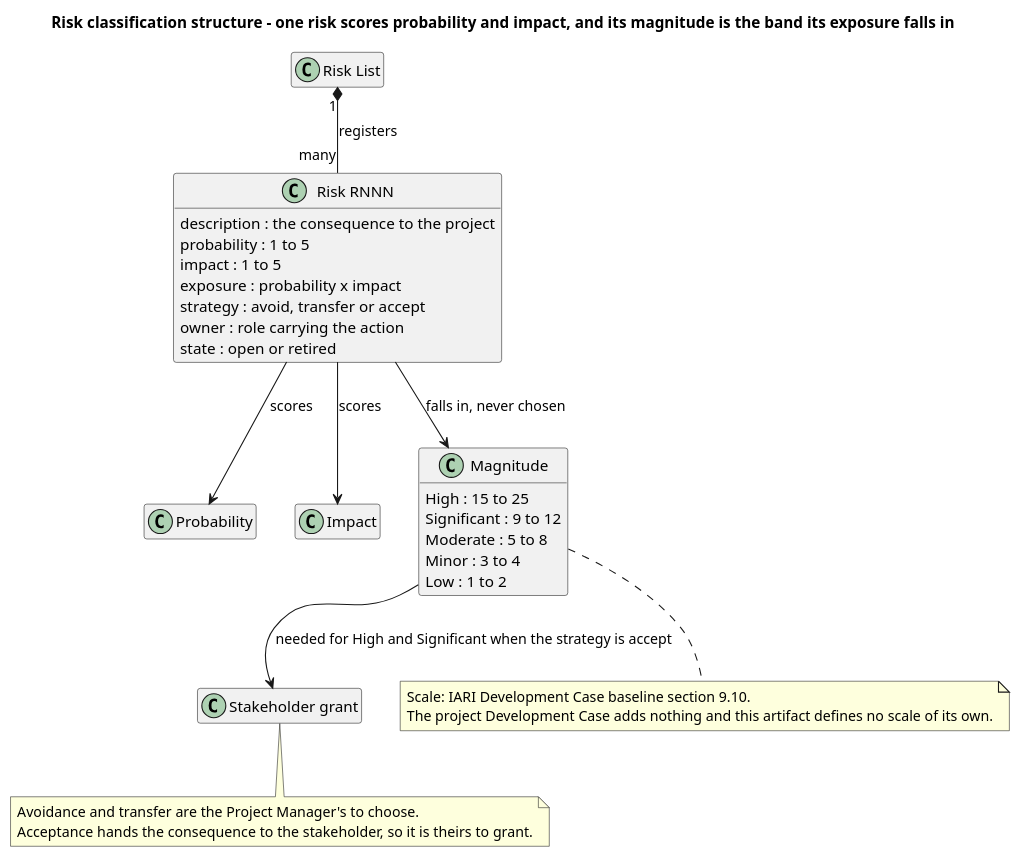
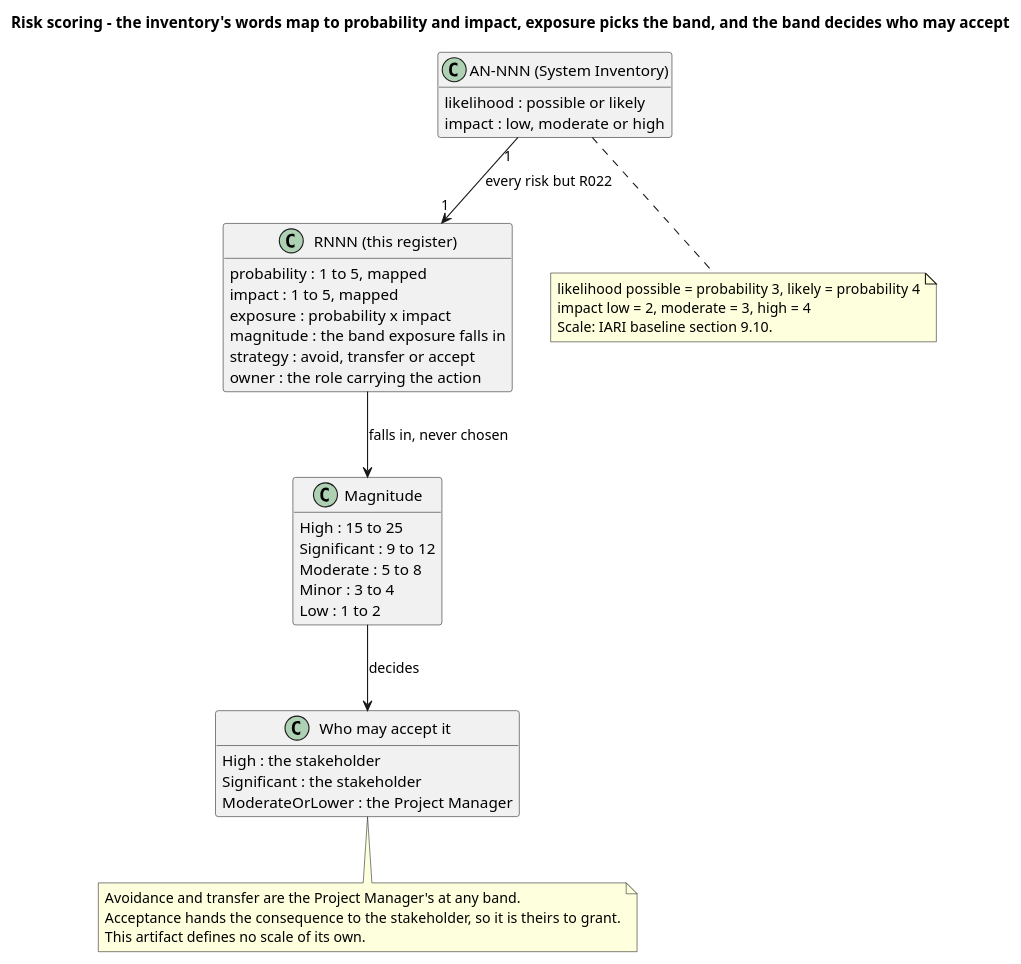
Before and after one commit to banense-test/TodoApp: the first of 2 diagrams in docs/artifacts/project-management/risk-list.md, drawn with PlantUML. The commit also changed other lines of this file, not shown here.

Commit message:
Project Manager [Survey2]: upsert Risk List
[skip ci]

````diff
--- a/docs/artifacts/project-management/risk-list.md
+++ b/docs/artifacts/project-management/risk-list.md
@@ -36,45 +47,47 @@
 ```plantuml
 @startuml
-title Risk classification structure - one risk scores probability and impact, and its magnitude is the band its exposure falls in
+title Risk scoring - the inventory's words map to probability and impact, exposure picks the band, and the band decides who may accept
 
 skinparam shadowing false
 skinparam classAttributeIconSize 0
 hide empty members
 
-class "Risk List" as RL
-class "Risk RNNN" as RISK {
-  description : the consequence to the project
-  probability : 1 to 5
-  impact : 1 to 5
+class "AN-NNN (System Inventory)" as AN {
+  likelihood : possible or likely
+  impact : low, moderate or high
+}
+class "RNNN (this register)" as RISK {
+  probability : 1 to 5, mapped
+  impact : 1 to 5, mapped
   exposure : probability x impact
+  magnitude : the band exposure falls in
   strategy : avoid, transfer or accept
-  owner : role carrying the action
-  state : open or retired
+  owner : the role carrying the action
 }
-class "Probability" as P
-class "Impact" as I
 class "Magnitude" as M {
   High : 15 to 25
   Significant : 9 to 12
   Moderate : 5 to 8
   Minor : 3 to 4
   Low : 1 to 2
 }
-class "Stakeholder grant" as G
-
-RL "1" *-- "many" RISK : registers
-RISK --> P : scores
-RISK --> I : scores
+class "Who may accept it" as A {
+  High : the stakeholder
+  Significant : the stakeholder
+  ModerateOrLower : the Project Manager
+}
+AN "1" --> "1" RISK : every risk but R022
 RISK --> M : falls in, never chosen
-M --> G : needed for High and Significant when the strategy is accept
-
-note bottom of M
-  Scale: IARI Development Case baseline section 9.10.
-  The project Development Case adds nothing and this artifact defines no scale of its own.
+M --> A : decides
+note bottom of AN
+  likelihood possible = probability 3, likely = probability 4
+  impact low = 2, moderate = 3, high = 4
+  Scale: IARI baseline section 9.10.
 end note
-note bottom of G
-  Avoidance and transfer are the Project Manager's to choose.
+note bottom of A
+  Avoidance and transfer are the Project Manager's at any band.
   Acceptance hands the consequence to the stakeholder, so it is theirs to grant.
+  This artifact defines no scale of its own.
 end note
 @enduml
 ```
````
